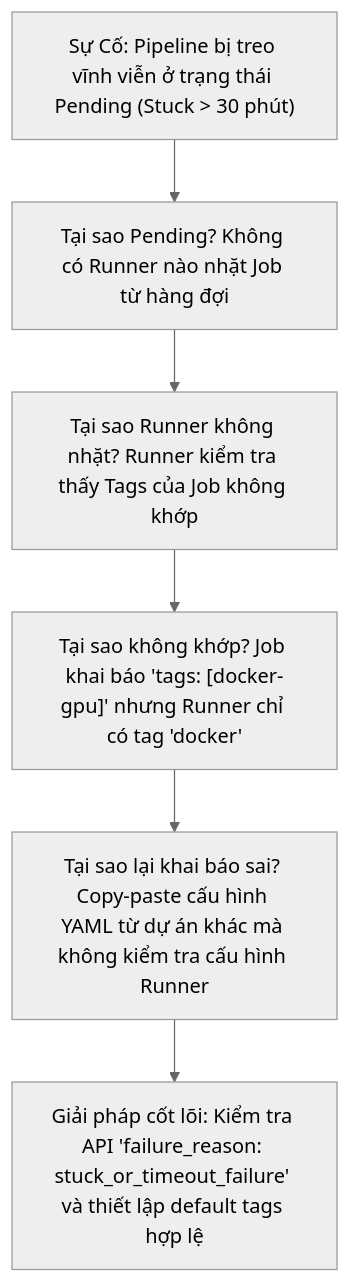
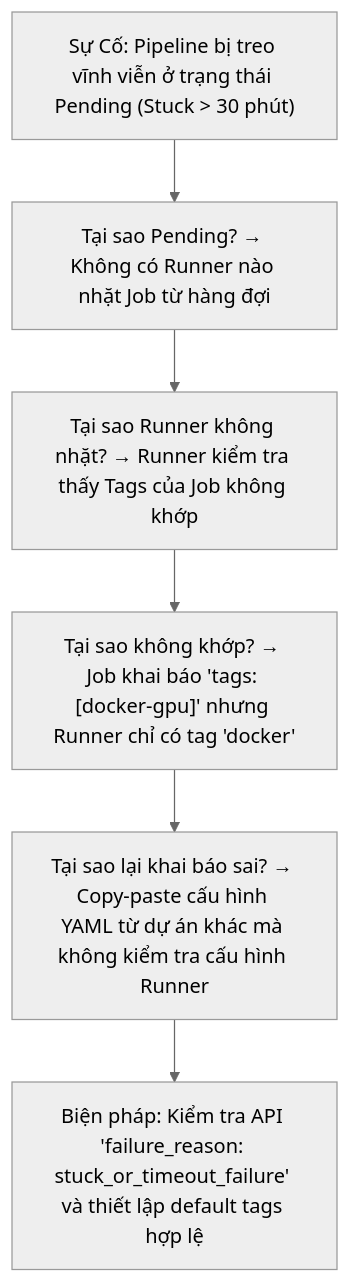
One commit to kiennt308/ntk changed the second of 2 diagrams in _posts/2026-09-12-gitlab-07-07-go-roi-pipeline.md. Above: the diagram before and after it, drawn with Mermaid (neutral theme). The commit also changed other lines of this file and 44 other files, not shown here.

````diff
--- a/_posts/2026-09-12-gitlab-07-07-go-roi-pipeline.md
+++ b/_posts/2026-09-12-gitlab-07-07-go-roi-pipeline.md
@@ -241,11 +241,11 @@
 ```mermaid
 graph TD
     INC["Sự Cố: Pipeline bị treo vĩnh viễn ở trạng thái Pending (Stuck > 30 phút)"]
-    W1["Tại sao Pending? Không có Runner nào nhặt Job từ hàng đợi"]
-    W2["Tại sao Runner không nhặt? Runner kiểm tra thấy Tags của Job không khớp"]
-    W3["Tại sao không khớp? Job khai báo 'tags: [docker-gpu]' nhưng Runner chỉ có tag 'docker'"]
-    W4["Tại sao lại khai báo sai? Copy-paste cấu hình YAML từ dự án khác mà không kiểm tra cấu hình Runner"]
-    W5["Giải pháp cốt lõi: Kiểm tra API 'failure_reason: stuck_or_timeout_failure' và thiết lập default tags hợp lệ"]
+    W1["Tại sao Pending? &rarr; Không có Runner nào nhặt Job từ hàng đợi"]
+    W2["Tại sao Runner không nhặt? &rarr; Runner kiểm tra thấy Tags của Job không khớp"]
+    W3["Tại sao không khớp? &rarr; Job khai báo 'tags: [docker-gpu]' nhưng Runner chỉ có tag 'docker'"]
+    W4["Tại sao lại khai báo sai? &rarr; Copy-paste cấu hình YAML từ dự án khác mà không kiểm tra cấu hình Runner"]
+    W5["Biện pháp: Kiểm tra API 'failure_reason: stuck_or_timeout_failure' và thiết lập default tags hợp lệ"]
     
     INC --> W1 --> W2 --> W3 --> W4 --> W5
 ```
````
